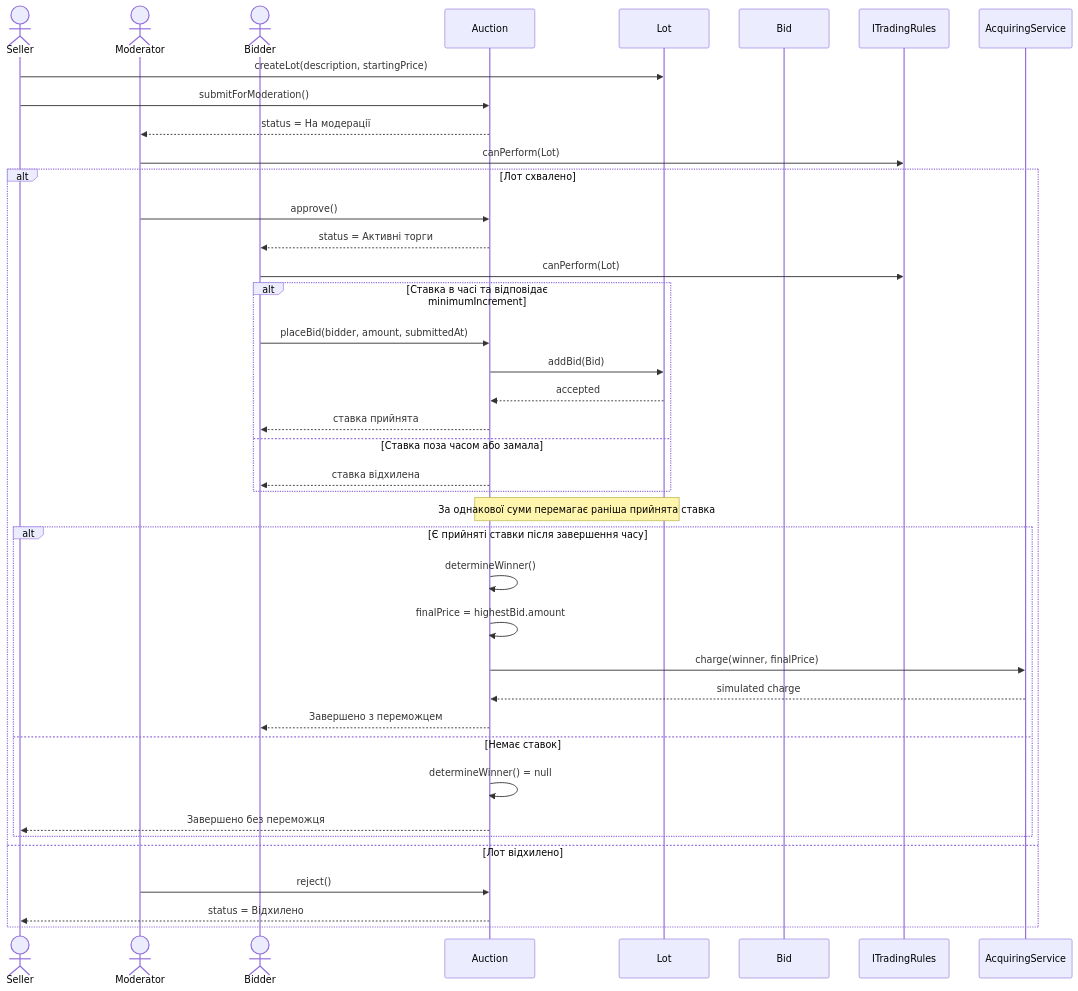
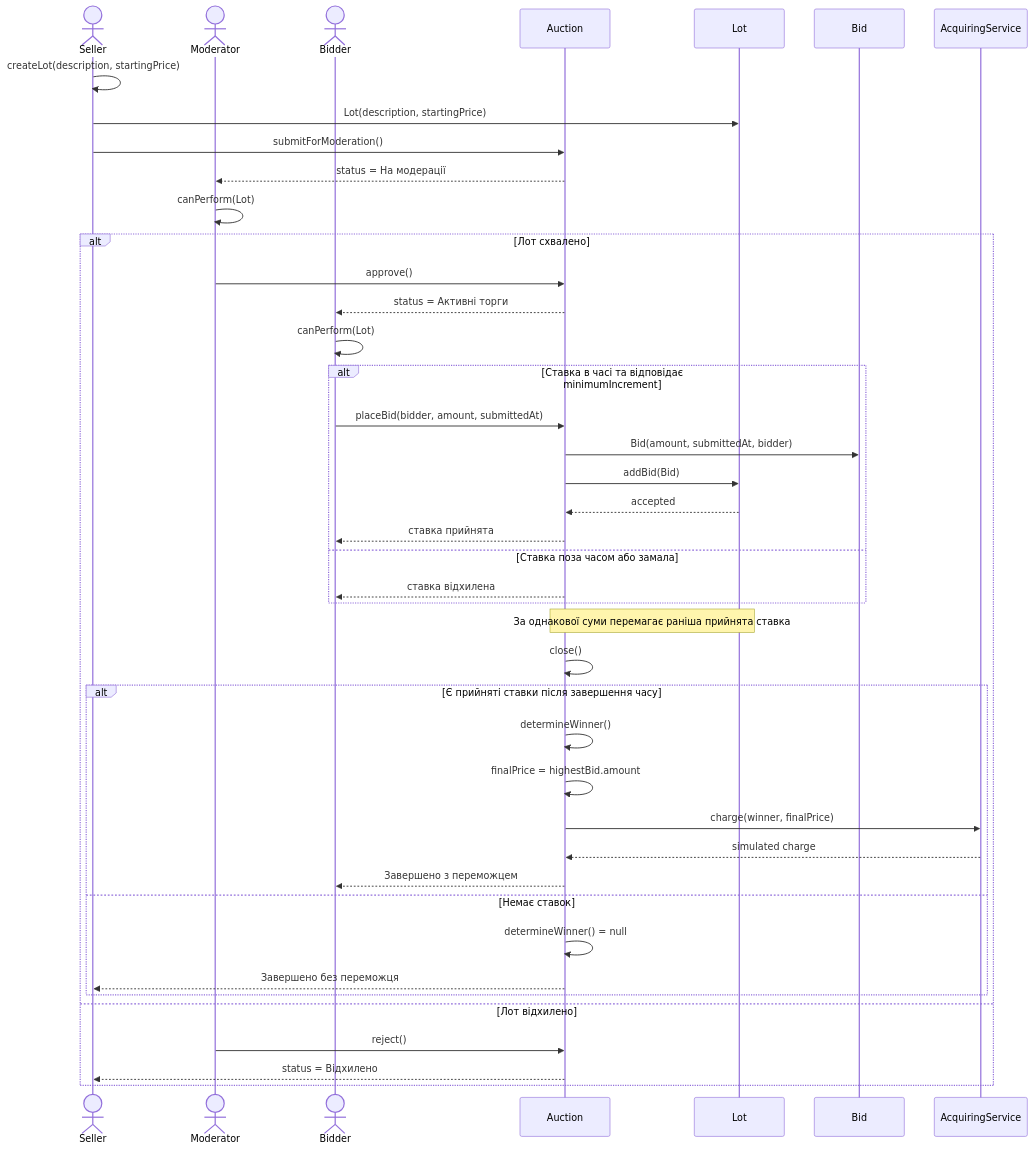
Before and after one commit to KitoragiVioleta/onlineauction: the diagram in docs/sequence.mmd, drawn with Mermaid. The commit also changed 3 other files, not shown here.

Commit message:
fix: correct use case, class and sequence diagrams

```diff
--- a/docs/sequence.mmd
+++ b/docs/sequence.mmd
@@ -1,41 +1,43 @@
 sequenceDiagram
   actor Seller
   actor Moderator
   actor Bidder
   participant Auction
   participant Lot
   participant Bid
-  participant ITradingRules
   participant AcquiringService
 
-  Seller->>Lot: createLot(description, startingPrice)
+  Seller->>Seller: createLot(description, startingPrice)
+  Seller->>Lot: Lot(description, startingPrice)
   Seller->>Auction: submitForModeration()
   Auction-->>Moderator: status = На модерації
-  Moderator->>ITradingRules: canPerform(Lot)
+  Moderator->>Moderator: canPerform(Lot)
   alt Лот схвалено
     Moderator->>Auction: approve()
     Auction-->>Bidder: status = Активні торги
-    Bidder->>ITradingRules: canPerform(Lot)
+    Bidder->>Bidder: canPerform(Lot)
     alt Ставка в часі та відповідає minimumIncrement
       Bidder->>Auction: placeBid(bidder, amount, submittedAt)
+      Auction->>Bid: Bid(amount, submittedAt, bidder)
       Auction->>Lot: addBid(Bid)
       Lot-->>Auction: accepted
       Auction-->>Bidder: ставка прийнята
     else Ставка поза часом або замала
       Auction-->>Bidder: ставка відхилена
     end
     Note over Auction,Lot: За однакової суми перемагає раніша прийнята ставка
+    Auction->>Auction: close()
     alt Є прийняті ставки після завершення часу
       Auction->>Auction: determineWinner()
       Auction->>Auction: finalPrice = highestBid.amount
       Auction->>AcquiringService: charge(winner, finalPrice)
       AcquiringService-->>Auction: simulated charge
       Auction-->>Bidder: Завершено з переможцем
     else Немає ставок
       Auction->>Auction: determineWinner() = null
       Auction-->>Seller: Завершено без переможця
     end
   else Лот відхилено
     Moderator->>Auction: reject()
     Auction-->>Seller: status = Відхилено
   end
```
